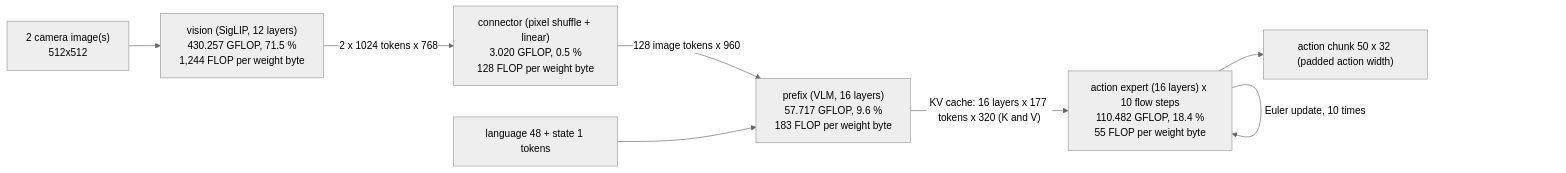
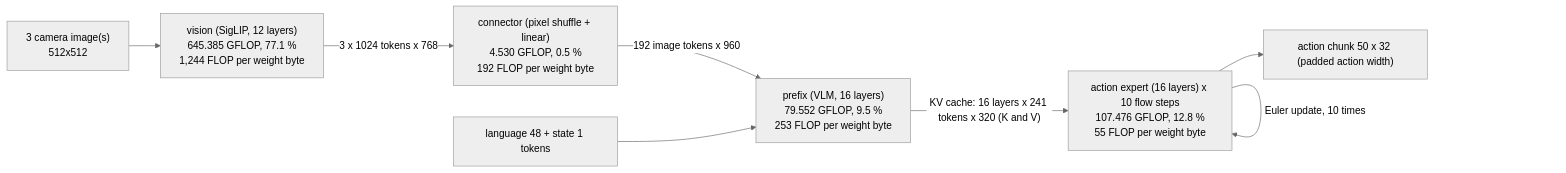
One commit to HaozeG/SoftHier-VLA changed the diagram in docs/analysis/smolvla-op-graph.md. Above: the diagram before and after it, drawn with Mermaid (neutral theme). The commit also changed other lines of this file and 17 other files, not shown here.

````diff
--- a/docs/analysis/smolvla-op-graph.md
+++ b/docs/analysis/smolvla-op-graph.md
@@ -14,14 +16,14 @@
 ```mermaid
 flowchart LR
-  IMG["2 camera image(s)<br/>512x512"] --> V
-  V["vision (SigLIP, 12 layers)<br/>430.257 GFLOP, 71.5 %<br/>1,244 FLOP per weight byte"]
-  V -- "2 x 1024 tokens x 768" --> C
-  C["connector (pixel shuffle + linear)<br/>3.020 GFLOP, 0.5 %<br/>128 FLOP per weight byte"]
-  C -- "128 image tokens x 960" --> P
+  IMG["3 camera image(s)<br/>512x512"] --> V
+  V["vision (SigLIP, 12 layers)<br/>645.385 GFLOP, 77.1 %<br/>1,244 FLOP per weight byte"]
+  V -- "3 x 1024 tokens x 768" --> C
+  C["connector (pixel shuffle + linear)<br/>4.530 GFLOP, 0.5 %<br/>192 FLOP per weight byte"]
+  C -- "192 image tokens x 960" --> P
   L["language 48 + state 1 tokens"] --> P
-  P["prefix (VLM, 16 layers)<br/>57.717 GFLOP, 9.6 %<br/>183 FLOP per weight byte"]
-  P -- "KV cache: 16 layers x 177 tokens x 320 (K and V)" --> E
-  E["action expert (16 layers) x 10 flow steps<br/>110.482 GFLOP, 18.4 %<br/>55 FLOP per weight byte"]
+  P["prefix (VLM, 16 layers)<br/>79.552 GFLOP, 9.5 %<br/>253 FLOP per weight byte"]
+  P -- "KV cache: 16 layers x 241 tokens x 320 (K and V)" --> E
+  E["action expert (16 layers) x 10 flow steps<br/>107.476 GFLOP, 12.8 %<br/>55 FLOP per weight byte"]
   E -- "Euler update, 10 times" --> E
   E --> A["action chunk 50 x 32 (padded action width)"]
 ```
````
